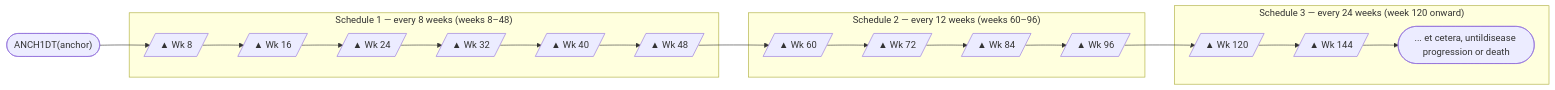
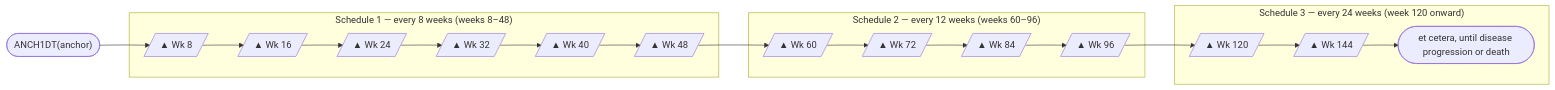
One commit to hakupao/sdtm-pedia changed the first of 3 diagrams in knowledge_base/domains/TD/examples.md. Above: the diagram before and after it, drawn with Mermaid. The commit also changed other lines of this file and 17 other files, not shown here.

First line of the commit message:
fix(kb): Tier B scan batch S-TDM — TA/TD/TM full scan (TD desc/spec/assum + asm 1 completion, Mermaid relabel + D6, spec footnotes + CT *) vs SDTMIG v3.4 (PASS; local)

````diff
--- a/knowledge_base/domains/TD/examples.md
+++ b/knowledge_base/domains/TD/examples.md
@@ -7,30 +9,30 @@
 ```mermaid
 graph LR
     ANCH1DT(["ANCH1DT(anchor)"])
 
     subgraph S1["Schedule 1 — every 8 weeks (weeks 8–48)"]
         W8[/"▲ Wk 8"/]
         W16[/"▲ Wk 16"/]
         W24[/"▲ Wk 24"/]
         W32[/"▲ Wk 32"/]
         W40[/"▲ Wk 40"/]
         W48[/"▲ Wk 48"/]
     end
 
     subgraph S2["Schedule 2 — every 12 weeks (weeks 60–96)"]
         W60[/"▲ Wk 60"/]
         W72[/"▲ Wk 72"/]
         W84[/"▲ Wk 84"/]
         W96[/"▲ Wk 96"/]
     end
 
     subgraph S3["Schedule 3 — every 24 weeks (week 120 onward)"]
         W120[/"▲ Wk 120"/]
         W144[/"▲ Wk 144"/]
-        ETC(["... et cetera, untildisease progression or death"])
+        ETC(["et cetera, until disease progression or death"])
     end
 
     ANCH1DT --> W8 --> W16 --> W24 --> W32 --> W40 --> W48
     W48 --> W60 --> W72 --> W84 --> W96
     W96 --> W120 --> W144 --> ETC
 ```
````
